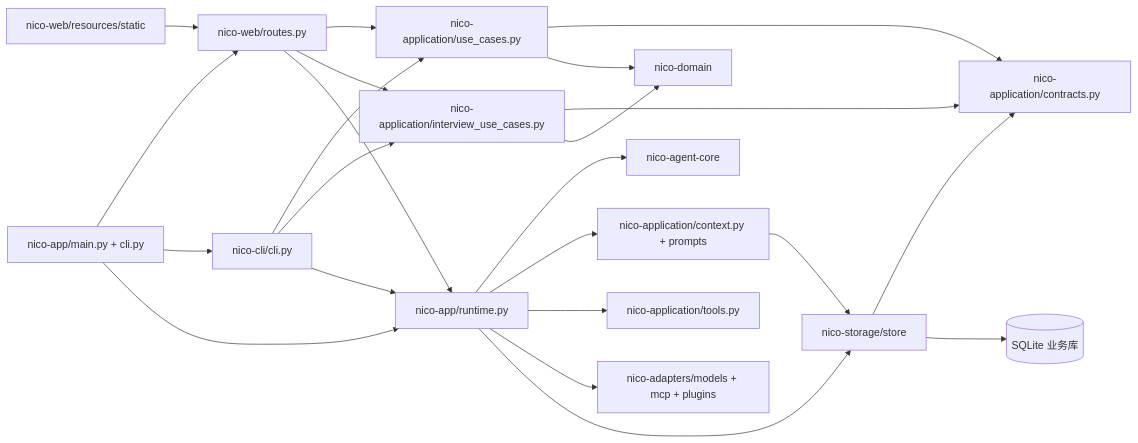
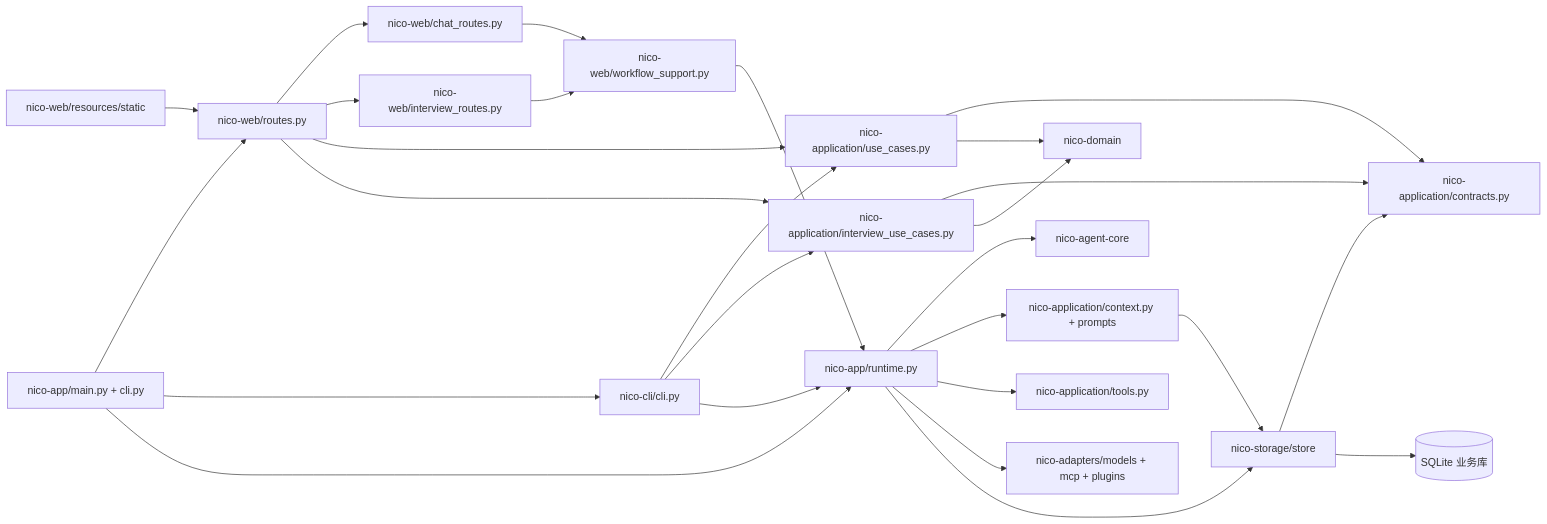
One commit to Nico-Sq/Nico-agent changed the diagram in EXECUTION_PLAN.md. Above: the diagram before and after it, drawn with Mermaid. The commit also changed other lines of this file and 5 other files, not shown here.

Commit message:
refactor: split chat and interview web routes

````diff
--- a/EXECUTION_PLAN.md
+++ b/EXECUTION_PLAN.md
@@ -54,25 +54,29 @@
 ```mermaid
 flowchart LR
   WebUI[nico-web/resources/static] --> Web[nico-web/routes.py]
+  Web --> ChatRoutes[nico-web/chat_routes.py]
+  Web --> InterviewRoutes[nico-web/interview_routes.py]
+  ChatRoutes --> WebFlow[nico-web/workflow_support.py]
+  InterviewRoutes --> WebFlow
   CLI[nico-cli/cli.py] --> Cases[nico-application/use_cases.py]
   CLI --> InterviewCases[nico-application/interview_use_cases.py]
   Web --> Cases
   Web --> InterviewCases
   Cases --> Ports[nico-application/contracts.py]
   InterviewCases --> Ports
   Cases --> Domain[nico-domain]
   InterviewCases --> Domain
   Store[nico-storage/store] --> Ports
-  Web --> Runtime[nico-app/runtime.py]
+  WebFlow --> Runtime[nico-app/runtime.py]
   CLI --> Runtime
   Runtime --> Core[nico-agent-core]
   Runtime --> Context[nico-application/context.py + prompts]
   Runtime --> Tools[nico-application/tools.py]
   Runtime --> Adapters[nico-adapters/models + mcp + plugins]
   Runtime --> Store
   Context --> Store
   Store --> DB[(SQLite 业务库)]
   App[nico-app/main.py + cli.py] --> Web
   App --> CLI
   App --> Runtime
 ```
````
